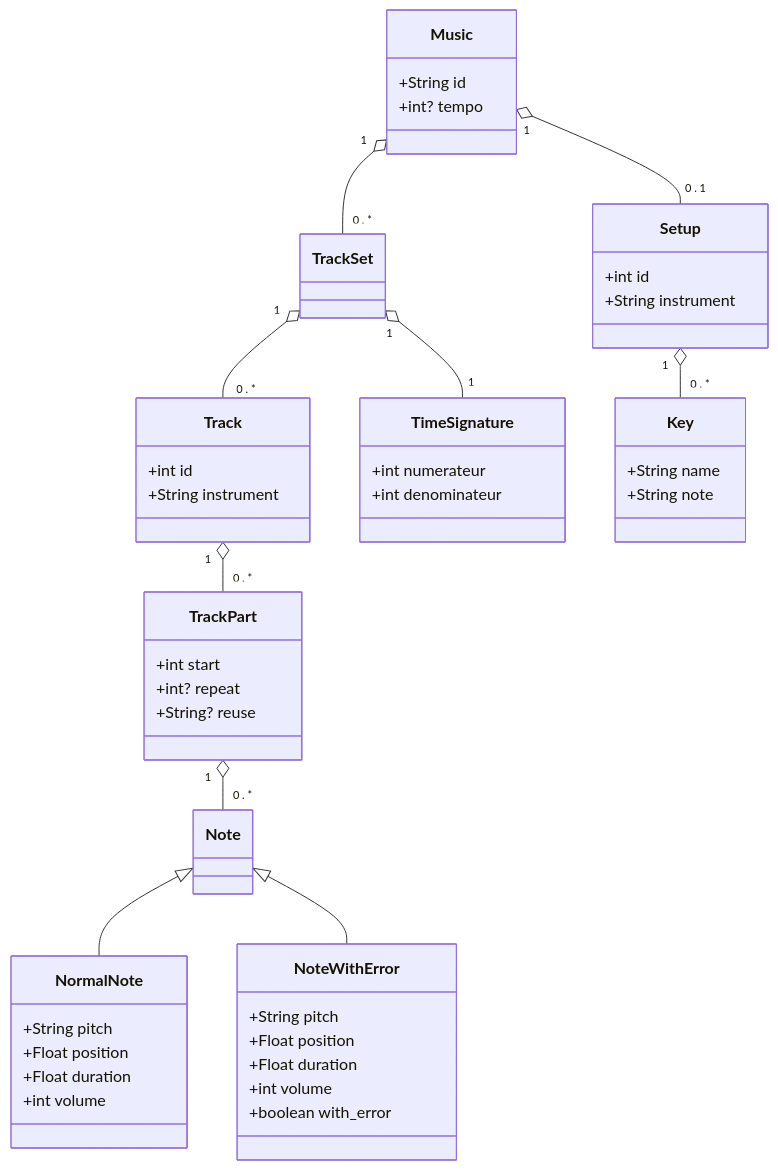
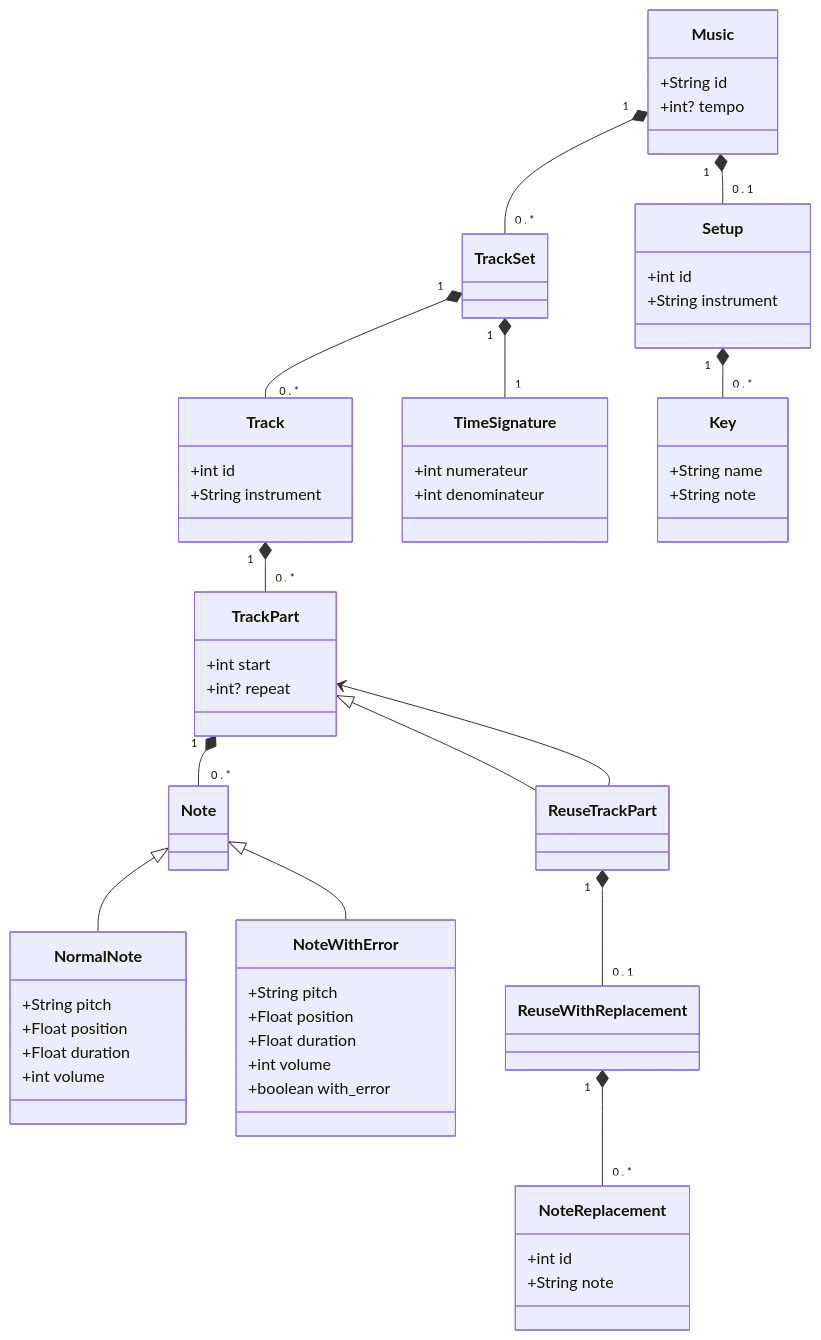
Before and after one commit to Jules-Prince/musicae: the diagram in README.md, drawn with Mermaid. The commit also changed 2 other files, not shown here.

````diff
--- a/README.md
+++ b/README.md
@@ -32,15 +32,19 @@
 ```mermaid
 
 classDiagram
-    Music "1" o-- "0 . *" TrackSet
-    Track "1" o-- "0 . *" TrackPart
-    TrackSet "1" o-- "1" TimeSignature
-    TrackSet "1" o-- "0 . *" Track
-    TrackPart "1" o-- "0 . *" Note
+    Music "1" *-- "0 . *" TrackSet
+    Track "1" *-- "0 . *" TrackPart
+    TrackSet "1" *-- "1" TimeSignature
+    TrackSet "1" *-- "0 . *" Track
+    TrackPart "1" *-- "0 . *" Note
     Note <|-- NormalNote
     Note <|-- NoteWithError
-    Music "1" o-- "0 . 1" Setup
-    Setup "1" o-- "0 . *" Key
+    Music "1" *-- "0 . 1" Setup
+    Setup "1" *-- "0 . *" Key
+    ReuseTrackPart "1" *-- "0 . 1" ReuseWithReplacement
+    ReuseWithReplacement "1" *-- "0 . *" NoteReplacement
+    TrackPart <|-- ReuseTrackPart
+    TrackPart <-- ReuseTrackPart
 
     class Music{
       +String id
@@ -59,7 +63,22 @@
     class TrackPart{
         +int start
         +int? repeat
-        +String? reuse
+    }
+
+    
+
+    class ReuseTrackPart{
+
+    }
+
+    class ReuseWithReplacement{
+
+
+    }
+
+    class NoteReplacement{
+        +int id
+        +String note
     }
     
     class TimeSignature{
````
